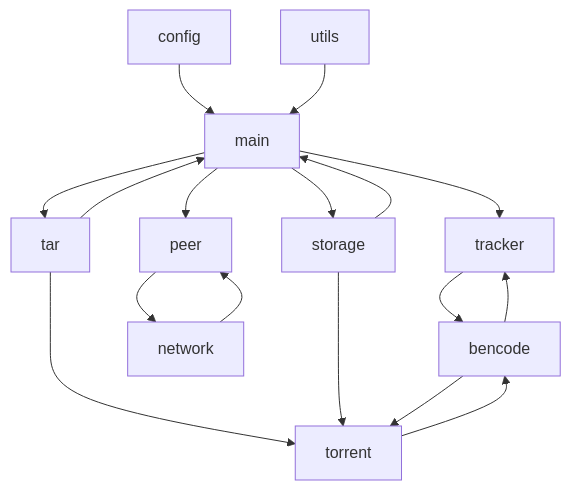
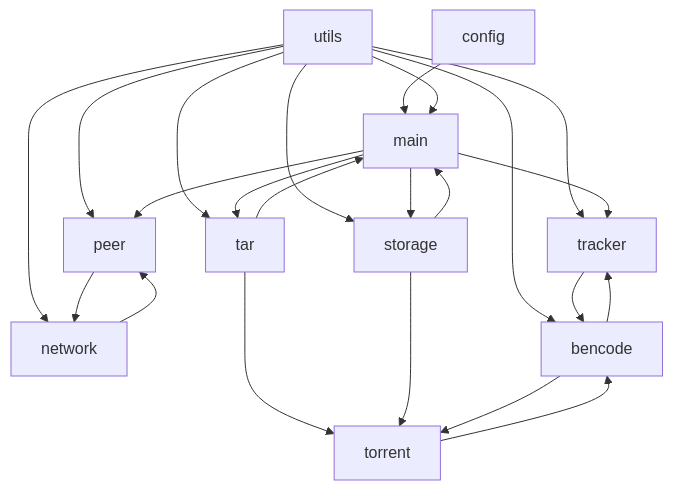
The diagram in FINAL/README.MD (molnija3d/C-2025-09-EVGENIY-Z), drawn with Mermaid before and after one commit.

Commit message:
working on markdown

````diff
--- a/FINAL/README.MD
+++ b/FINAL/README.MD
@@ -142,19 +142,25 @@
 ```mermaid
 graph TD
  config --> main
  utils --> main
+ utils --> tracker
+ utils --> peer
+ utils --> storage
+ utils --> tar
+ utils --> network
+ utils --> bencode
  main --> tracker
  main --> peer
  main --> storage
  main --> tar
  tracker --> bencode
  peer --> network
  tar --> main
  tar --> torrent
  torrent --> bencode
  network --> peer
  storage --> main
  storage --> torrent
  bencode --> torrent
  bencode --> tracker
 ```
````
